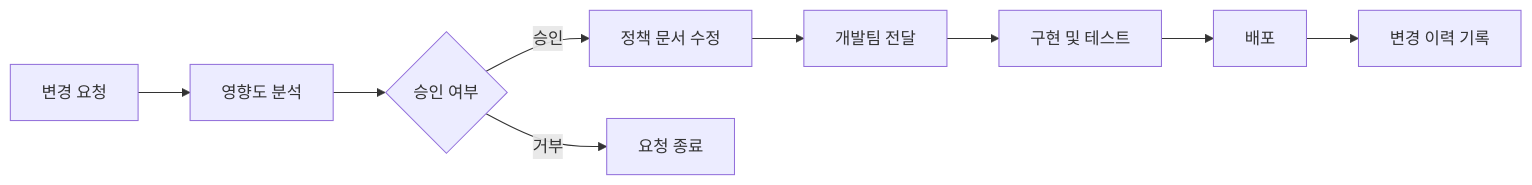
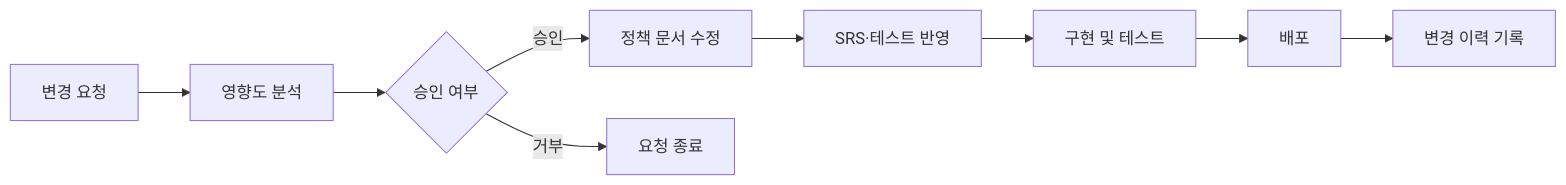
One commit to naneunimjee/2026-vibe-coding-adv changed the second of 2 diagrams in waterfall/00-기획/비즈니스정책서.md. Above: the diagram before and after it, drawn with Mermaid. The commit also changed other lines of this file and 2 other files, not shown here.

````diff
--- a/waterfall/00-기획/비즈니스정책서.md
+++ b/waterfall/00-기획/비즈니스정책서.md
@@ -713,11 +624,11 @@
 ```mermaid
 flowchart LR
     A[변경 요청] --> B[영향도 분석]
     B --> C{승인 여부}
     C -->|승인| D[정책 문서 수정]
     C -->|거부| E[요청 종료]
-    D --> F[개발팀 전달]
+    D --> F[SRS·테스트 반영]
     F --> G[구현 및 테스트]
     G --> H[배포]
     H --> I[변경 이력 기록]
 ```
````
